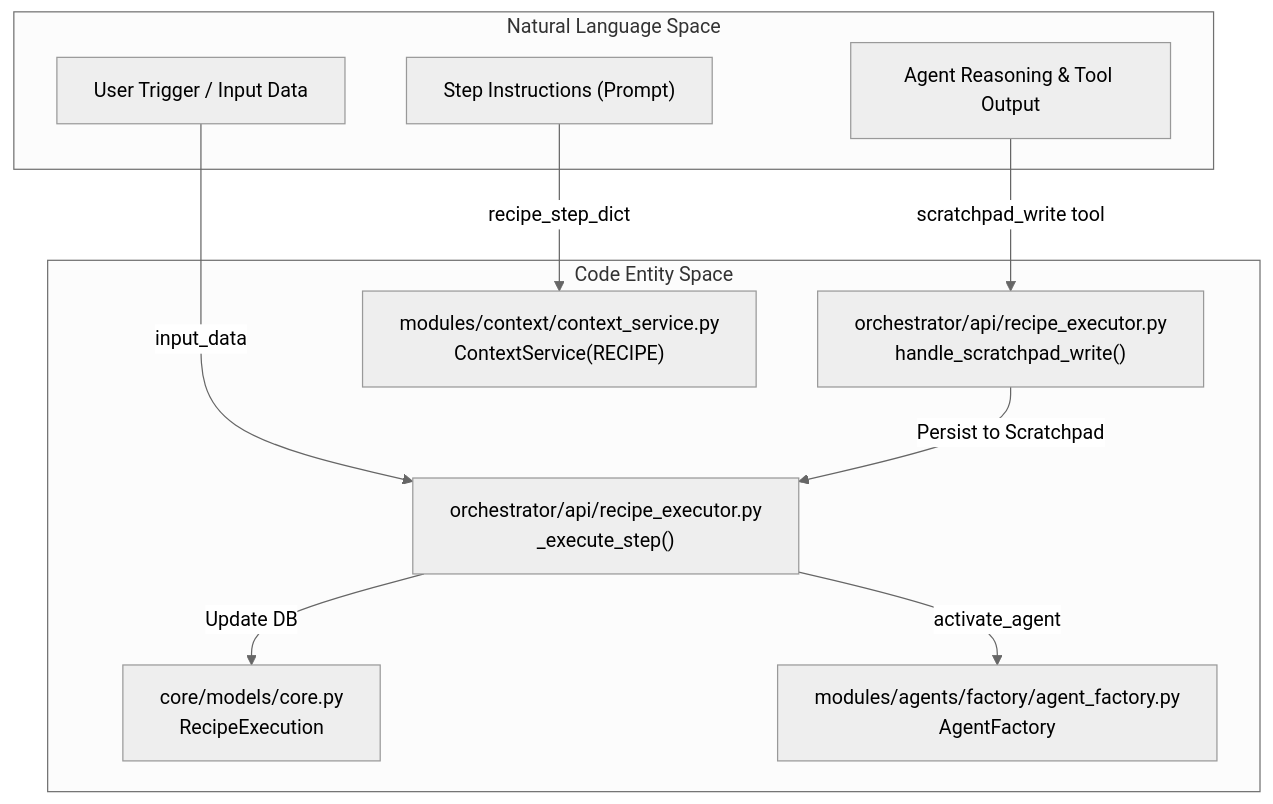
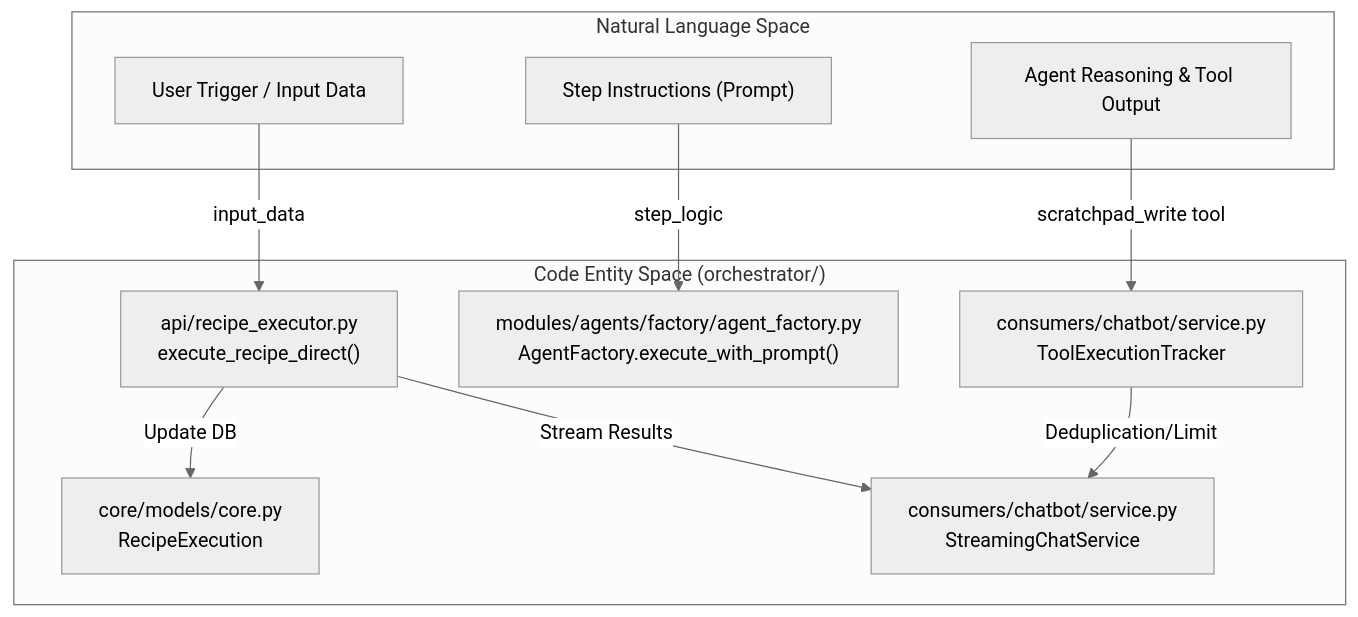
One commit to AutomatosAI/automatos-ai changed the first of 2 diagrams in docs/workflows-recipes/recipe-scratchpad.md. Above: the diagram before and after it, drawn with Mermaid (neutral theme). The commit also changed other lines of this file and 153 other files, not shown here.

````diff
--- a/docs/workflows-recipes/recipe-scratchpad.md
+++ b/docs/workflows-recipes/recipe-scratchpad.md
@@ -43,23 +39,23 @@
 ```mermaid
 graph TD
     subgraph "Natural Language Space"
         UserTrigger["User Trigger / Input Data"]
         StepInstruction["Step Instructions (Prompt)"]
         AgentReasoning["Agent Reasoning & Tool Output"]
     end
 
-    subgraph "Code Entity Space"
-        Executor["orchestrator/api/recipe_executor.py<br/>_execute_step()"]
+    subgraph "Code Entity Space (orchestrator/)"
+        Executor["api/recipe_executor.py<br/>execute_recipe_direct()"]
         RecipeModel["core/models/core.py<br/>RecipeExecution"]
-        ToolHandler["orchestrator/api/recipe_executor.py<br/>handle_scratchpad_write()"]
-        ContextSvc["modules/context/context_service.py<br/>ContextService(RECIPE)"]
-        AgentFactory["modules/agents/factory/agent_factory.py<br/>AgentFactory"]
+        AgentFactory["modules/agents/factory/agent_factory.py<br/>AgentFactory.execute_with_prompt()"]
+        StreamingSvc["consumers/chatbot/service.py<br/>StreamingChatService"]
+        ToolTracker["consumers/chatbot/service.py<br/>ToolExecutionTracker"]
     end
 
     UserTrigger -->|"input_data"| Executor
-    StepInstruction -->|"recipe_step_dict"| ContextSvc
-    AgentReasoning -->|"scratchpad_write tool"| ToolHandler
-    ToolHandler -->|"Persist to Scratchpad"| Executor
+    StepInstruction -->|"step_logic"| AgentFactory
+    AgentReasoning -->|"scratchpad_write tool"| ToolTracker
+    ToolTracker -->|"Deduplication/Limit"| StreamingSvc
     Executor -->|"Update DB"| RecipeModel
-    Executor -->|"activate_agent"| AgentFactory
+    Executor -->|"Stream Results"| StreamingSvc
 ```
````
